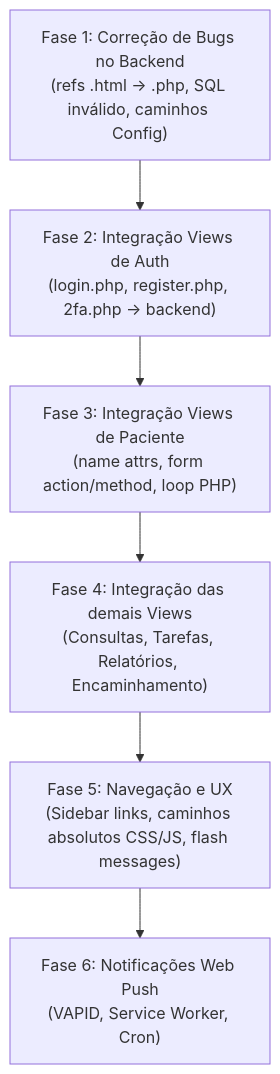
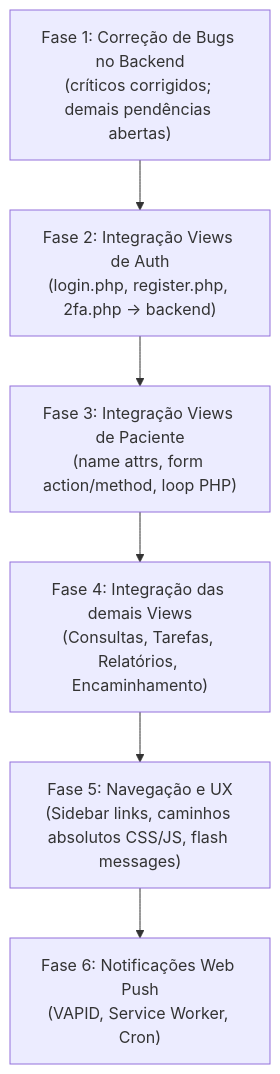
Before and after one commit to Caio-Ferroni/clinica-marcelo-backend: the diagram in analise-backend.md, drawn with Mermaid. The commit also changed other lines of this file, not shown here.

````diff
--- a/analise-backend.md
+++ b/analise-backend.md
@@ -242,11 +253,11 @@
 ```mermaid
 flowchart TD
-    F1["Fase 1: Correção de Bugs no Backend\n(refs .html → .php, SQL inválido, caminhos Config)"]
+    F1["Fase 1: Correção de Bugs no Backend\n(críticos corrigidos; demais pendências abertas)"]
     F2["Fase 2: Integração Views de Auth\n(login.php, register.php, 2fa.php → backend)"]
     F3["Fase 3: Integração Views de Paciente\n(name attrs, form action/method, loop PHP)"]
     F4["Fase 4: Integração das demais Views\n(Consultas, Tarefas, Relatórios, Encaminhamento)"]
     F5["Fase 5: Navegação e UX\n(Sidebar links, caminhos absolutos CSS/JS, flash messages)"]
     F6["Fase 6: Notificações Web Push\n(VAPID, Service Worker, Cron)"]
 
     F1 --> F2 --> F3 --> F4 --> F5 --> F6
 ```
````
